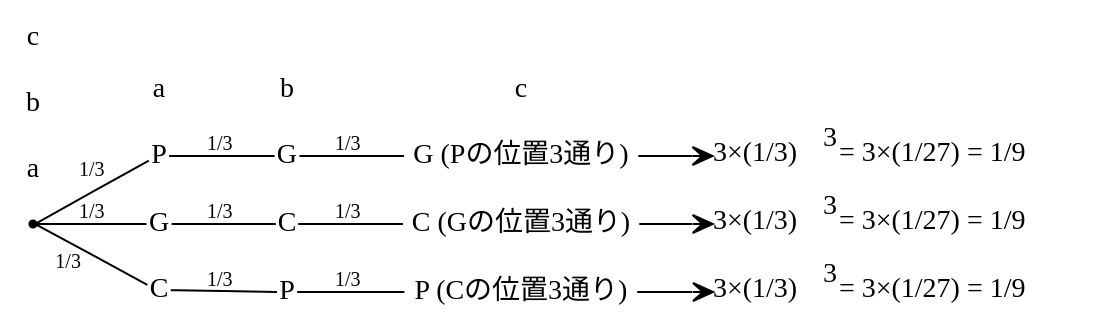
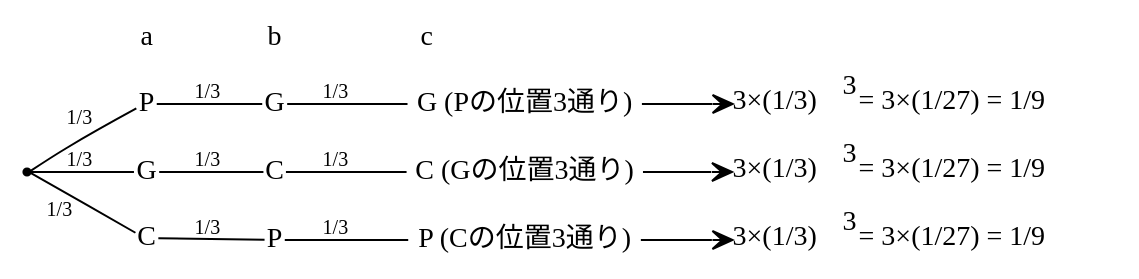
One commit to daiki-kaneda/problem_graph changed the diagram in problem5_update_1.dot. Above: the diagram before and after it, drawn with Graphviz. The commit also changed 7 other files, not shown here.

```diff
--- a/problem5_update_1.dot
+++ b/problem5_update_1.dot
@@ -1,41 +1,41 @@
 digraph problem5_update_1 {    
     rankdir = LR; // 左から右のレイアウトを指定    
     // ダミーノード    
     ""[shape=point];    
     // ノードのスタイル設定    
     node[shape=plain];    
     // ノードの定義
     alabel [label="a"]; 
     blabel [label="b"]; 
-    clabel [label="c"]; 
+    clabel [label="c                            "]; 
 
     node1 [label="P"];    
     node2 [label="G"];    
     node3 [label="C"];    
     node4 [label="G"];    
     node5 [label="C"];    
     node6 [label="P"];    
     node7 [label="G (Pの位置3通り)"];    
     node8 [label="C (Gの位置3通り)"];    
     node9 [label="P (Cの位置3通り)"];    
     node10 [label=<3×(1/3)<sup>3</sup> = 3×(1/27) = 1/9>];    
     node11 [label=<3×(1/3)<sup>3</sup> = 3×(1/27) = 1/9>];    
     node12 [label=<3×(1/3)<sup>3</sup> = 3×(1/27) = 1/9>];    
     // エッジの定義（有向）    
     "" -> node1 [label=<<font point-size="10" color="black">1/3</font>>, arrowhead=none];    
     "" -> node2 [label=<<font point-size="10" color="black">1/3</font>>, arrowhead=none];    
     "" -> node3 [xlabel=<<font point-size="10" color="black">1/3</font>>, arrowhead=none];    
     node1 -> node4 [label=<<font point-size="10" color="black">1/3</font>>, arrowhead=none];    
     node2 -> node5 [label=<<font point-size="10" color="black">1/3</font>>, arrowhead=none];    
     node3 -> node6 [label=<<font point-size="10" color="black">1/3</font>>, arrowhead=none];    
     node4 -> node7 [label=<<font point-size="10" color="black">1/3</font>>, arrowhead=none];    
     node5 -> node8 [label=<<font point-size="10" color="black">1/3</font>>, arrowhead=none];    
     node6 -> node9 [label=<<font point-size="10" color="black">1/3</font>>, arrowhead=none];    
     node7 -> node10 [arrowhead=vee];    
     node8 -> node11 [arrowhead=vee];    
     node9 -> node12 [arrowhead=vee];
 
-    {rank=same; a;node1;}
-    {rank=same; b;node4;}
-    {rank=same; c;node7;}
+    {rank=same; alabel;node1;}
+    {rank=same; blabel;node4;}
+    {rank=same; clabel;node7;}
 }
```
